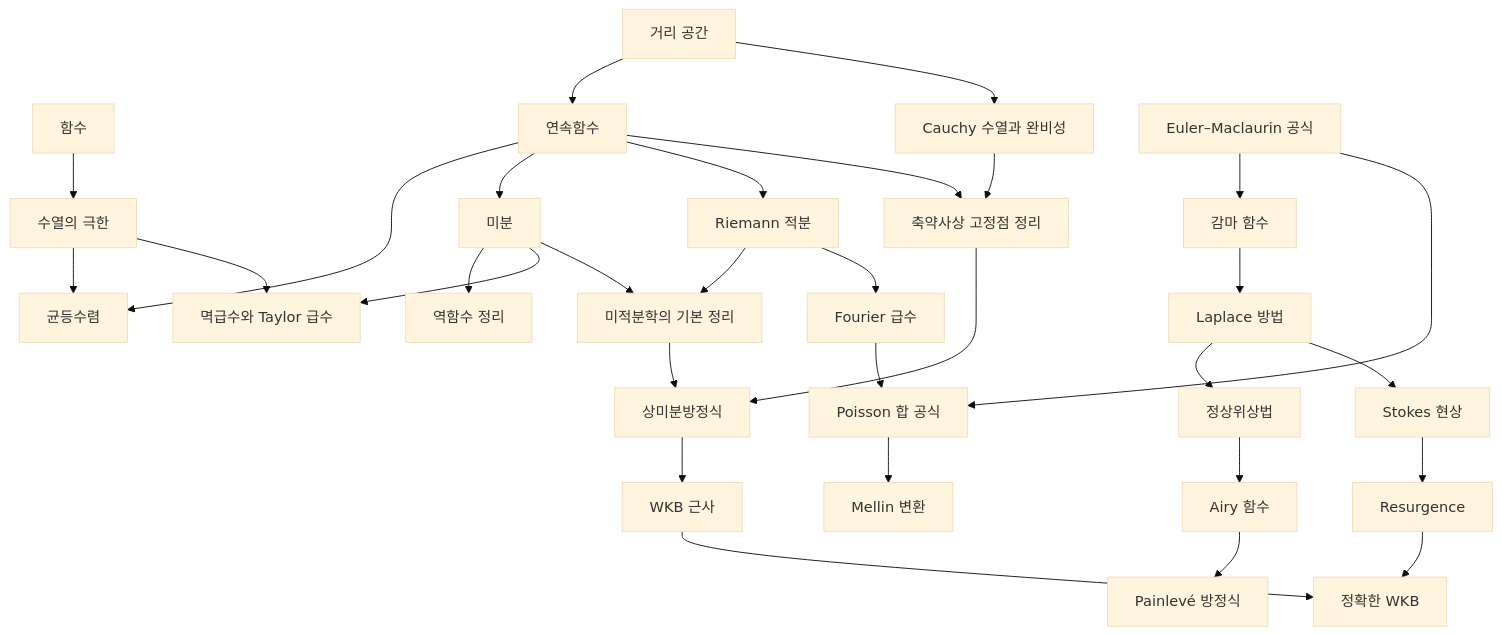
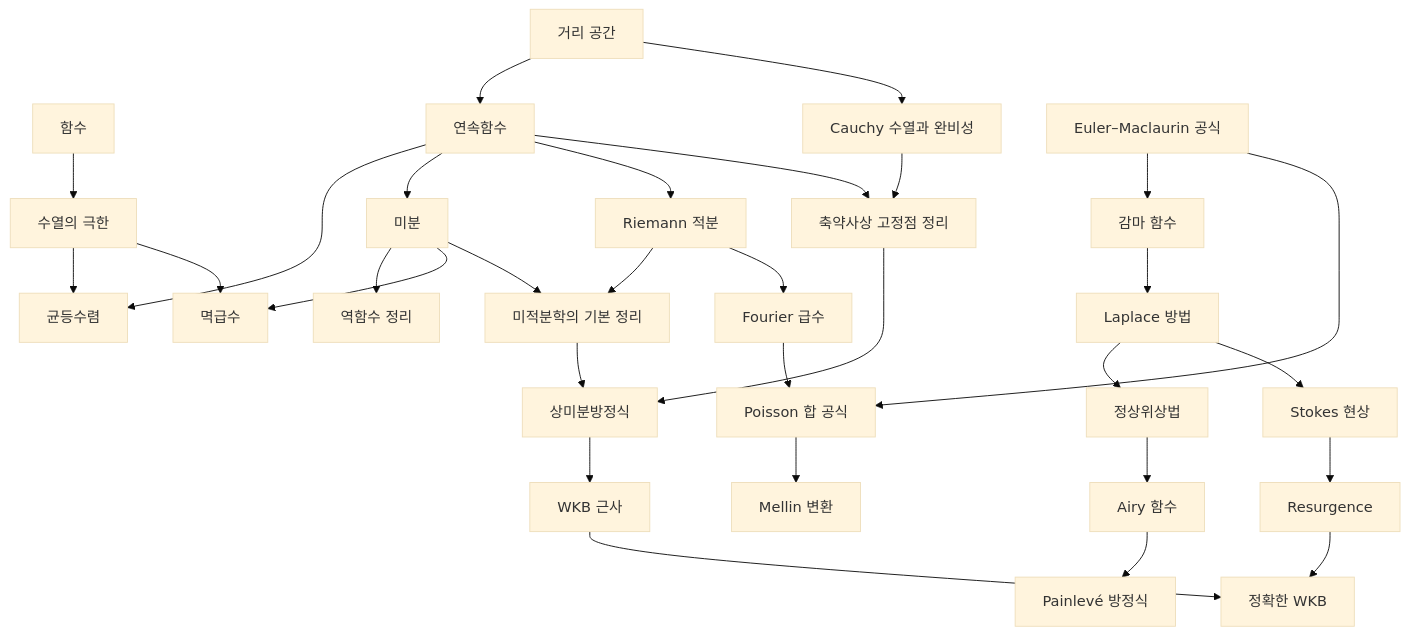
The diagram in docs/analysis-overview.md (Phryxia/math-map), drawn with Mermaid (base theme) before and after one commit. The commit also changed other lines of this file and 7 other files, not shown here.

````diff
--- a/docs/analysis-overview.md
+++ b/docs/analysis-overview.md
@@ -13,33 +13,33 @@
 ```mermaid
 graph TD
   FN["함수"] --> LM["수열의 극한"]
   MS["거리 공간"] --> CT["연속함수"]
   MS --> CM["Cauchy 수열과 완비성"]
   LM --> UC["균등수렴"]
   CT --> UC
   CT --> DV["미분"]
   DV --> IF["역함수 정리"]
   CT --> RI["Riemann 적분"]
-  LM --> PS["멱급수와 Taylor 급수"]
+  LM --> PS["멱급수"]
   DV --> PS
   DV --> FC["미적분학의 기본 정리"]
   RI --> FC
   CM --> BF["축약사상 고정점 정리"]
   CT --> BF
   BF --> OD["상미분방정식"]
   FC --> OD
   RI --> FS["Fourier 급수"]
   FS --> PSm["Poisson 합 공식"]
   PSm --> MT["Mellin 변환"]
   EM["Euler–Maclaurin 공식"] --> GM["감마 함수"]
   EM --> PSm
   GM --> LP["Laplace 방법"]
   LP --> SP["정상위상법"]
   LP --> ST["Stokes 현상"]
   ST --> RS["Resurgence"]
   SP --> AF["Airy 함수"]
   AF --> PE["Painlevé 방정식"]
   OD --> WK["WKB 근사"]
   WK --> EW["정확한 WKB"]
   RS --> EW
 ```
````
